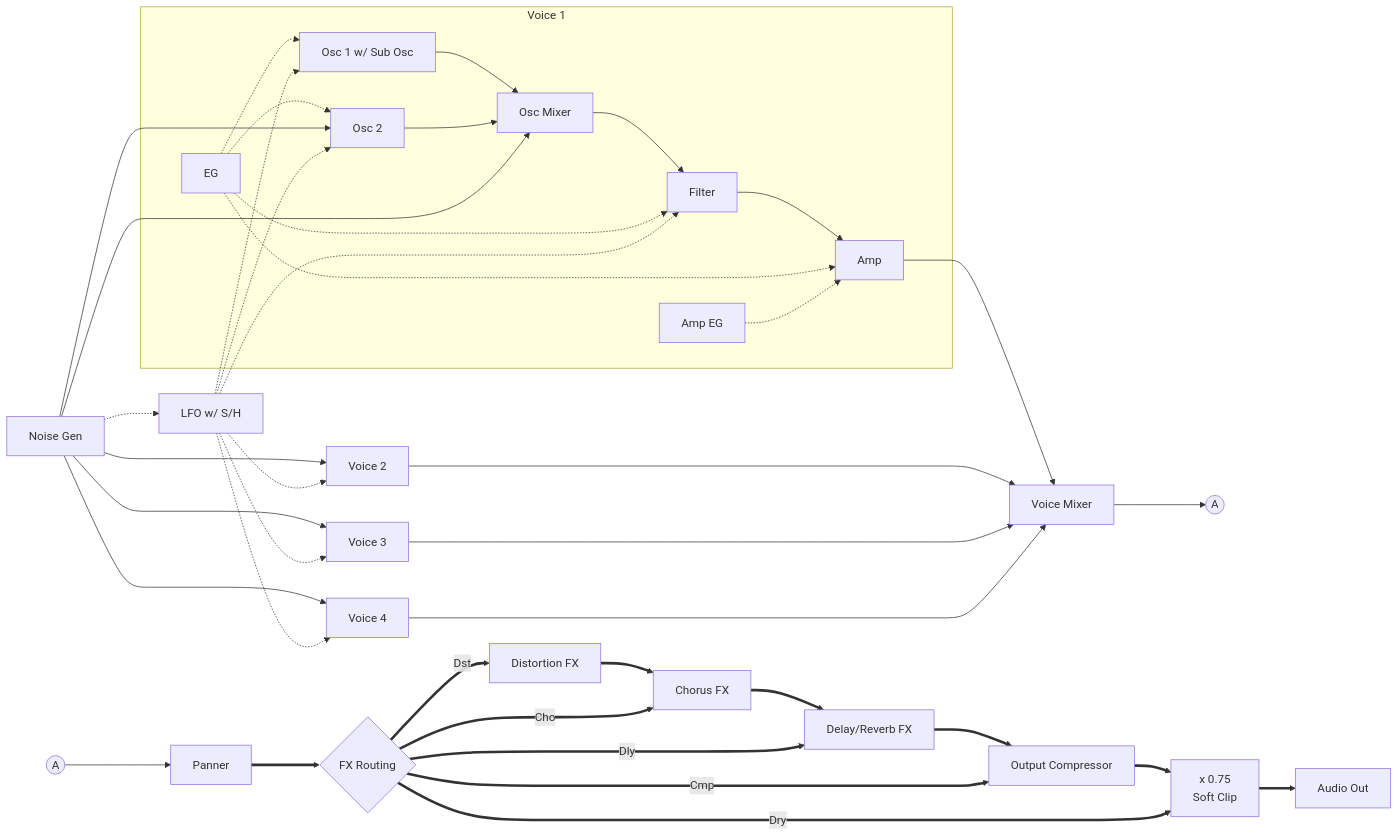
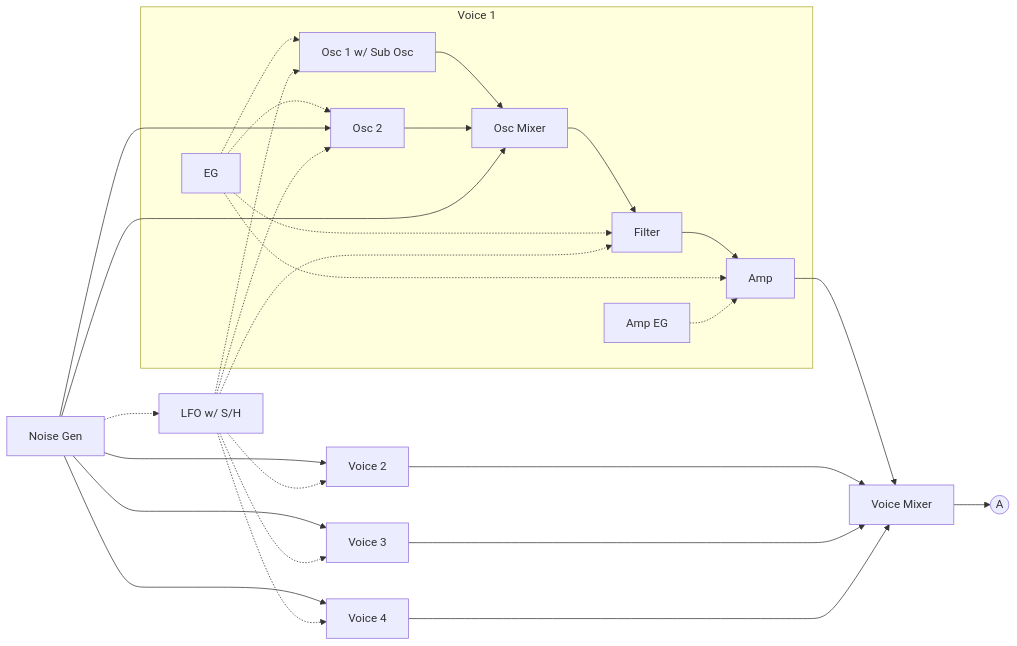
The first of 2 diagrams in README.md (risgk/digital-synth-pra32-u2), drawn with Mermaid before and after one commit.

Commit message:
README: The block diagram in two, the voices and the FX, so that the FX are not spread out

````diff
--- a/README.md
+++ b/README.md
@@ -54,23 +54,17 @@
 ```mermaid
 graph LR
     subgraph V1[Voice 1]
         V1O1[Osc 1 w/ Sub Osc] --> V1OM[Osc Mixer]
         V1O2[Osc 2] --> V1OM
         V1OM --> V1F[Filter]
         V1F --> V1A[Amp]
         E[EG] -.-> V1O1 & V1O2 & V1F & V1A
         V1AE[Amp EG] -.-> V1A
     end
     V1A --> VM[Voice Mixer]
     V2[Voice 2] & V3[Voice 3] & V4[Voice 4] --> VM
     N[Noise Gen]  --> V1O2 & V1OM & V2 & V3 & V4
     N -.-> L[LFO w/ S/H]
     L -.-> V1O1 & V1O2 & V1F & V2 & V3 & V4
     VM --> J1((A))
-    J2((A)) --> P[Panner] ==> FR{FX Routing}
-    FR ==>|Dst| DS[Distortion FX] ==> C
-    FR ==>|Cho| C[Chorus FX] ==> D[Delay/Reverb FX] ==> OC[Output Compressor] ==> OG["x 0.75<br/>Soft Clip"] ==> AO[Audio Out]
-    FR ==>|Dly| D
-    FR ==>|Cmp| OC
-    FR ==>|Dry| OG
 ```
````
